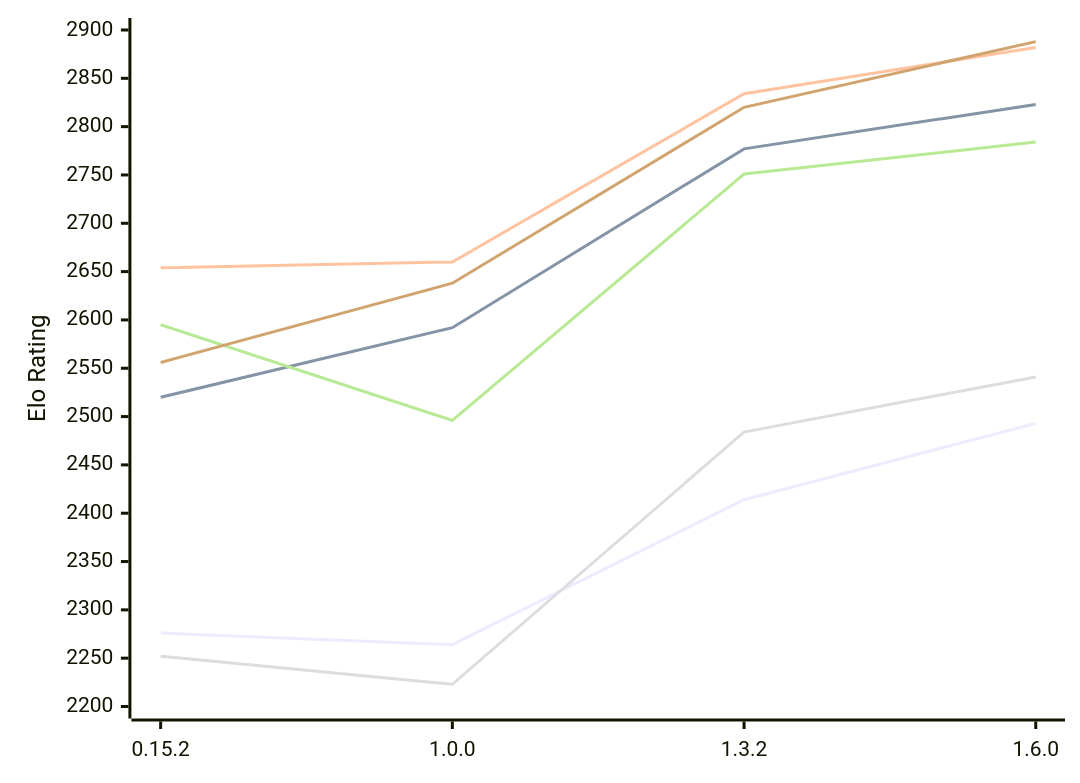
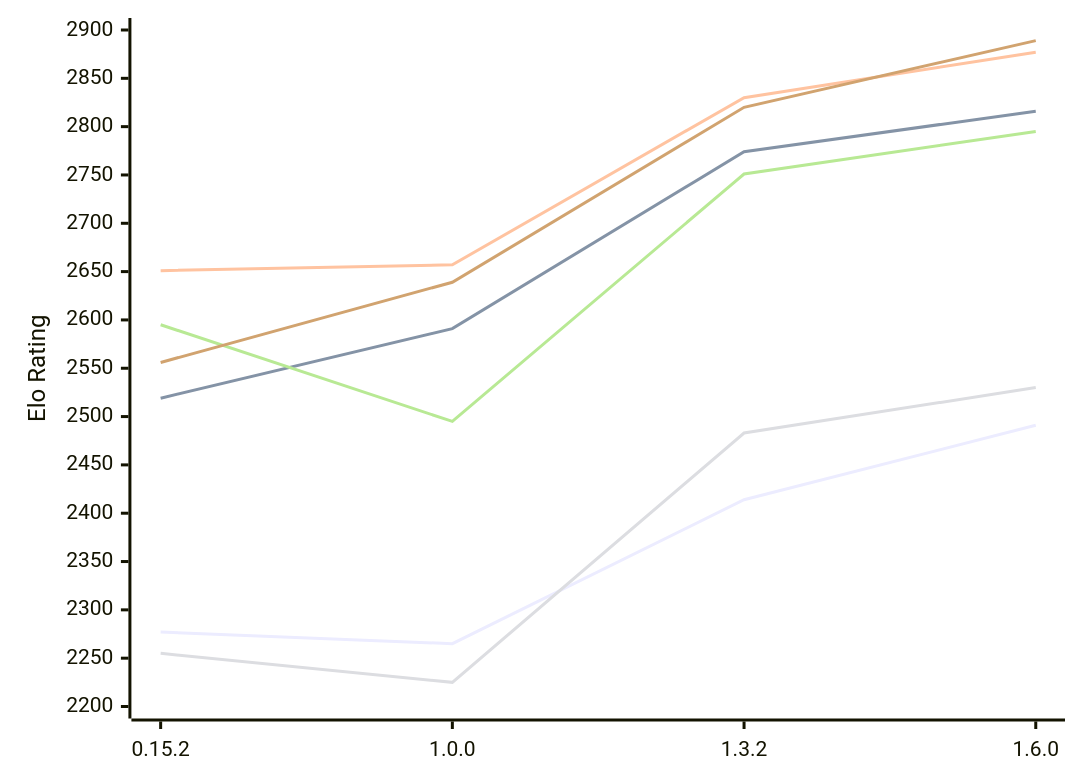
The diagram in engines/ElephantGambit.md (computer-chess-index/cci), drawn with Mermaid before and after one commit. The commit also changed other lines of this file, not shown here.

Commit message:
Update CCI Ratings (ELO VLTC) - 2026-11-26

````diff
--- a/engines/ElephantGambit.md
+++ b/engines/ElephantGambit.md
@@ -54,12 +54,12 @@
 ```mermaid
 %%{init: {"theme":"base","themeVariables":{"seriesColors:['#a3a3a3','#222221','#faa371']}}}%%
 xychart-beta
   x-axis ["0.15.2", "1.0.0", "1.3.2", "1.6.0"]
   y-axis "Elo Rating" 2200 --> 2900
-  line "E1: STC (8.0+0.08s)" [2276, 2264, 2414, 2493]
-  line "E1: LTC (60.0+0.60s)" [2520, 2592, 2777, 2823]
-  line "E1: VLTC (2m24s+1.12s)" [2654, 2660, 2834, 2882]
-  line "P1: STC (8.0+0.08s)" [2252, 2223, 2484, 2541]
-  line "P1: LTC (60.0+0.60s)" [2595, 2496, 2751, 2784]
-  line "P1: VLTC (2m24s+1.12s)" [2556, 2638, 2820, 2888]
+  line "E1: STC (8.0+0.08s)" [2277, 2265, 2414, 2491]
+  line "E1: LTC (60.0+0.60s)" [2519, 2591, 2774, 2816]
+  line "E1: VLTC (2m24s+1.12s)" [2651, 2657, 2830, 2877]
+  line "P1: STC (8.0+0.08s)" [2255, 2225, 2483, 2530]
+  line "P1: LTC (60.0+0.60s)" [2595, 2495, 2751, 2795]
+  line "P1: VLTC (2m24s+1.12s)" [2556, 2639, 2820, 2889]
 ```
````
